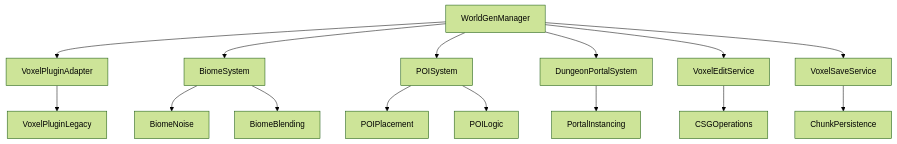
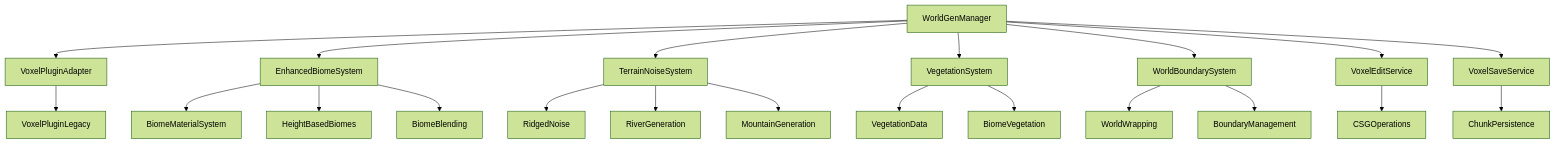
One commit to grizendi/Vibeheim changed the diagram in .kiro/specs/world-generation/design.md. Above: the diagram before and after it, drawn with Mermaid (forest theme). The commit also changed other lines of this file and 2 other files, not shown here.

Commit message:
Adds a plan to make the world more valheim like

````diff
--- a/.kiro/specs/world-generation/design.md
+++ b/.kiro/specs/world-generation/design.md
@@ -11,18 +11,24 @@
 ```mermaid
 graph TB
     A[WorldGenManager] --> B[VoxelPluginAdapter]
-    A --> C[BiomeSystem]
-    A --> D[POISystem]
-    A --> E[DungeonPortalSystem]
-    A --> F[VoxelEditService]
-    A --> G[VoxelSaveService]
+    A --> C[EnhancedBiomeSystem]
+    A --> D[TerrainNoiseSystem]
+    A --> E[VegetationSystem]
+    A --> F[WorldBoundarySystem]
+    A --> G[VoxelEditService]
+    A --> H[VoxelSaveService]
     
-    B --> H[VoxelPluginLegacy]
-    C --> I[BiomeNoise]
-    C --> J[BiomeBlending]
-    D --> K[POIPlacement]
-    D --> L[POILogic]
-    E --> M[PortalInstancing]
-    F --> N[CSGOperations]
-    G --> O[ChunkPersistence]
+    B --> I[VoxelPluginLegacy]
+    C --> J[BiomeMaterialSystem]
+    C --> K[HeightBasedBiomes]
+    C --> L[BiomeBlending]
+    D --> M[RidgedNoise]
+    D --> N[RiverGeneration]
+    D --> O[MountainGeneration]
+    E --> P[VegetationData]
+    E --> Q[BiomeVegetation]
+    F --> R[WorldWrapping]
+    F --> S[BoundaryManagement]
+    G --> T[CSGOperations]
+    H --> U[ChunkPersistence]
 ```
````
